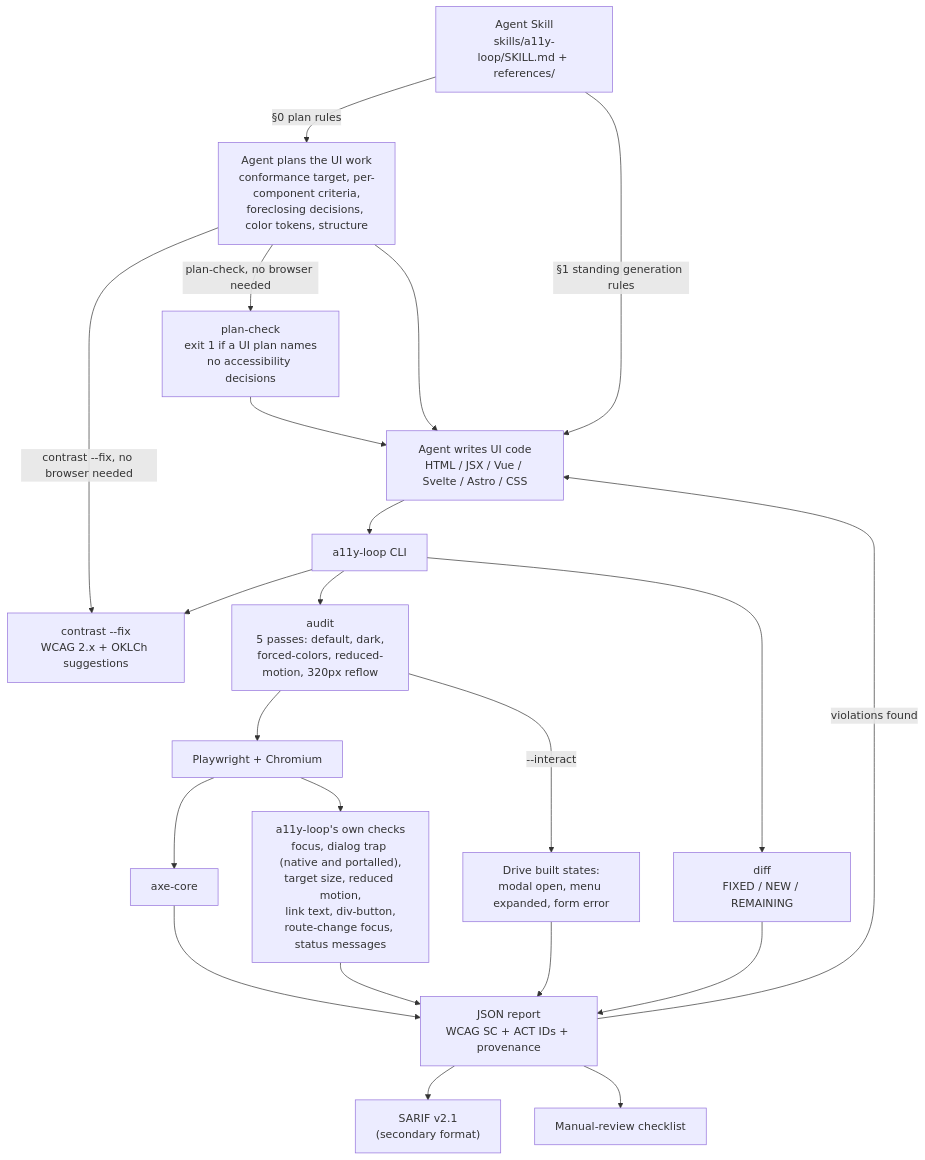
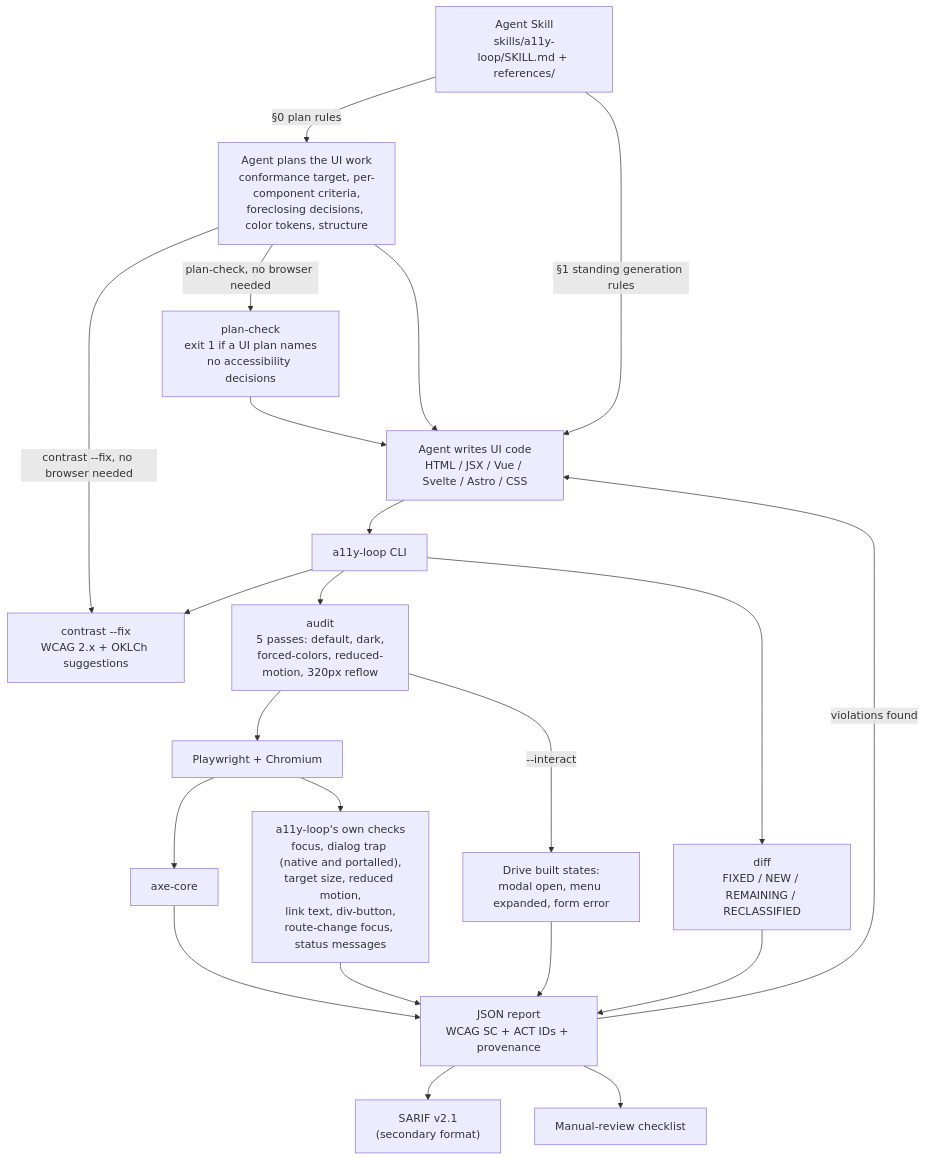
The first of 2 diagrams in website/guide/architecture.md (ChanMeng666/a11y-loop), drawn with Mermaid before and after one commit. The commit also changed other lines of this file and 18 other files, not shown here.

````diff
--- a/website/guide/architecture.md
+++ b/website/guide/architecture.md
@@ -14,24 +16,24 @@
 ```mermaid
 graph TD
     A["Agent Skill<br/>skills/a11y-loop/SKILL.md + references/"] -->|"§0 plan rules"| P["Agent plans the UI work<br/>conformance target, per-component criteria,<br/>foreclosing decisions, color tokens, structure"]
     P -->|"contrast --fix, no browser needed"| E
     P -->|"plan-check, no browser needed"| Q["plan-check<br/>exit 1 if a UI plan names<br/>no accessibility decisions"]
     Q --> B
     P --> B
     A -->|"§1 standing generation rules"| B["Agent writes UI code<br/>HTML / JSX / Vue / Svelte / Astro / CSS"]
     B --> C["a11y-loop CLI"]
     C --> D["audit<br/>5 passes: default, dark,<br/>forced-colors, reduced-motion, 320px reflow"]
     C --> E["contrast --fix<br/>WCAG 2.x + OKLCh suggestions"]
-    C --> F["diff<br/>FIXED / NEW / REMAINING"]
+    C --> F["diff<br/>FIXED / NEW / REMAINING / RECLASSIFIED"]
     D --> G["Playwright + Chromium"]
     G --> H["axe-core"]
     G --> I["a11y-loop's own checks<br/>focus, dialog trap (native and portalled),<br/>target size, reduced motion,<br/>link text, div-button,<br/>route-change focus, status messages"]
     D -->|--interact| J["Drive built states:<br/>modal open, menu expanded, form error"]
     H --> K["JSON report<br/>WCAG SC + ACT IDs + provenance"]
     I --> K
     J --> K
     K --> L["SARIF v2.1<br/>(secondary format)"]
     K --> M["Manual-review checklist"]
     K -->|violations found| B
     F --> K
 ```
````
